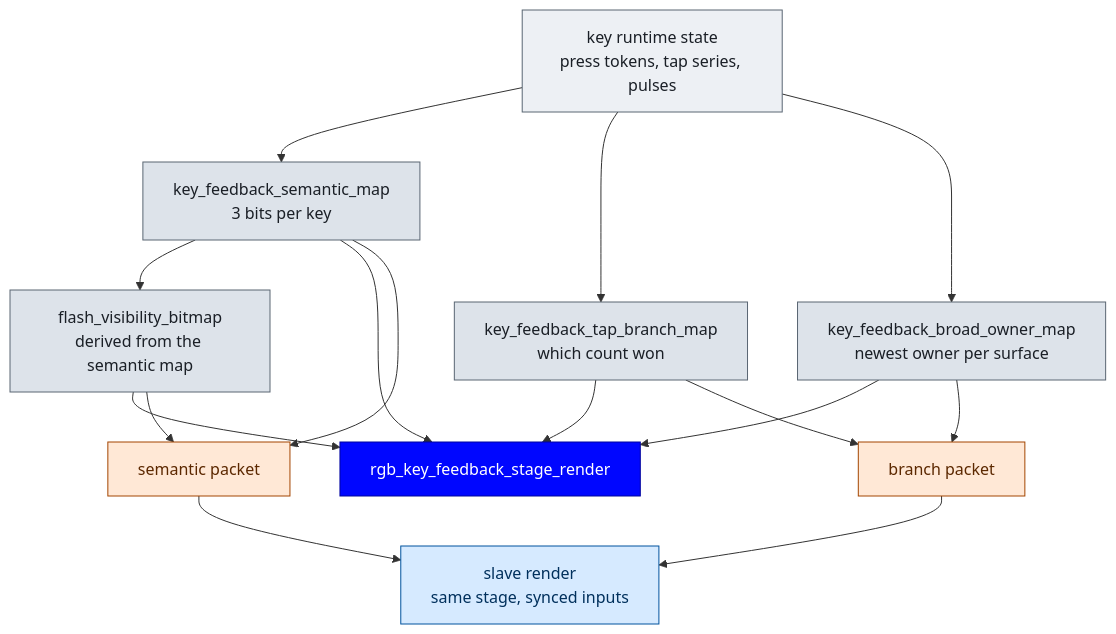
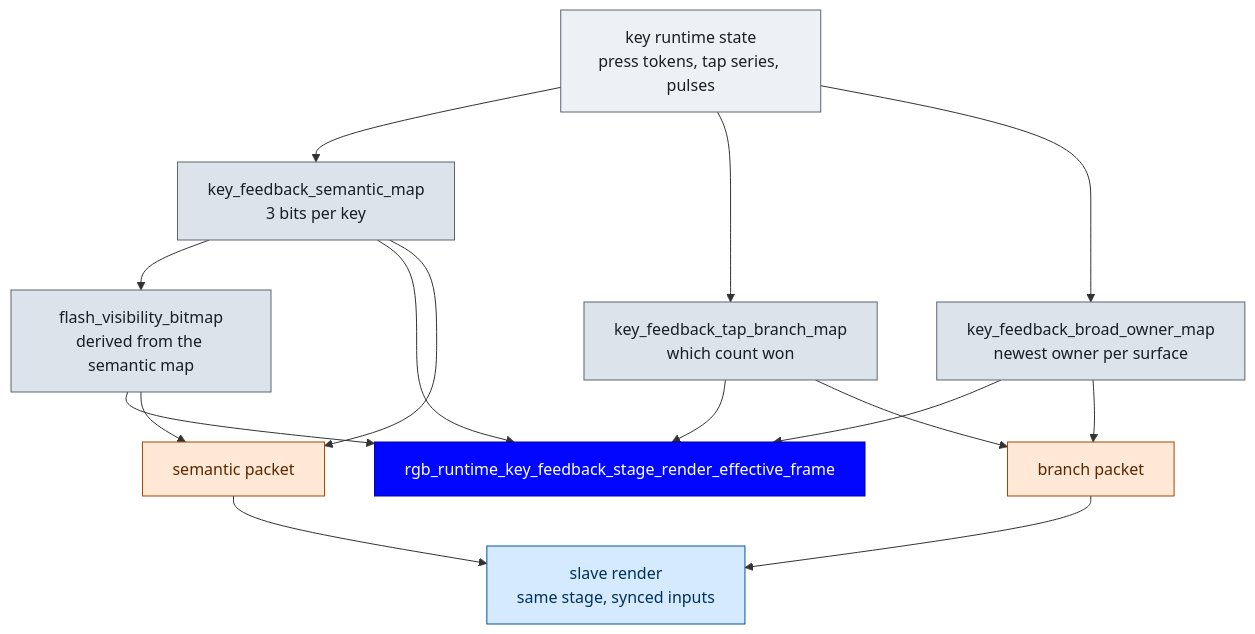
One commit to NoahCLR/charybdis-4x6 changed the second of 5 diagrams in docs/RGB_IMPLEMENTATION.md. Above: the diagram before and after it, drawn with Mermaid. The commit also changed other lines of this file and 15 other files, not shown here.

Commit message:
Migrate key feedback RGB to effective profile

````diff
--- a/docs/RGB_IMPLEMENTATION.md
+++ b/docs/RGB_IMPLEMENTATION.md
@@ -68,30 +68,30 @@
 ```mermaid
 flowchart TD
     ENG["key runtime state<br>press tokens, tap series, pulses"]
     ENG --> SEM["key_feedback_semantic_map<br>3 bits per key"]
     ENG --> BR["key_feedback_tap_branch_map<br>which count won"]
     ENG --> OWN["key_feedback_broad_owner_map<br>newest owner per surface"]
     SEM --> FV["flash_visibility_bitmap<br>derived from the semantic map"]
 
-    SEM --> RENDER["rgb_key_feedback_stage_render"]
+    SEM --> RENDER["rgb_runtime_key_feedback_stage_render_effective_frame"]
     BR --> RENDER
     OWN --> RENDER
     FV --> RENDER
 
     SEM --> P1["semantic packet"]
     FV --> P1
     BR --> P2["branch packet"]
     OWN --> P2
     P1 --> SLAVE["slave render<br>same stage, synced inputs"]
     P2 --> SLAVE
 
     style ENG fill:#EDF0F4,stroke:#5A6673,color:#1A1F26
     style SEM fill:#DDE3EA,stroke:#5A6673,color:#1A1F26
     style BR fill:#DDE3EA,stroke:#5A6673,color:#1A1F26
     style OWN fill:#DDE3EA,stroke:#5A6673,color:#1A1F26
     style FV fill:#DDE3EA,stroke:#5A6673,color:#1A1F26
     style RENDER fill:#0006FF,stroke:#00049E,color:#FFFFFF
     style P1 fill:#FFE8D6,stroke:#A34500,color:#5C2800
     style P2 fill:#FFE8D6,stroke:#A34500,color:#5C2800
     style SLAVE fill:#D6EAFF,stroke:#00539E,color:#00305C
 ```
````
